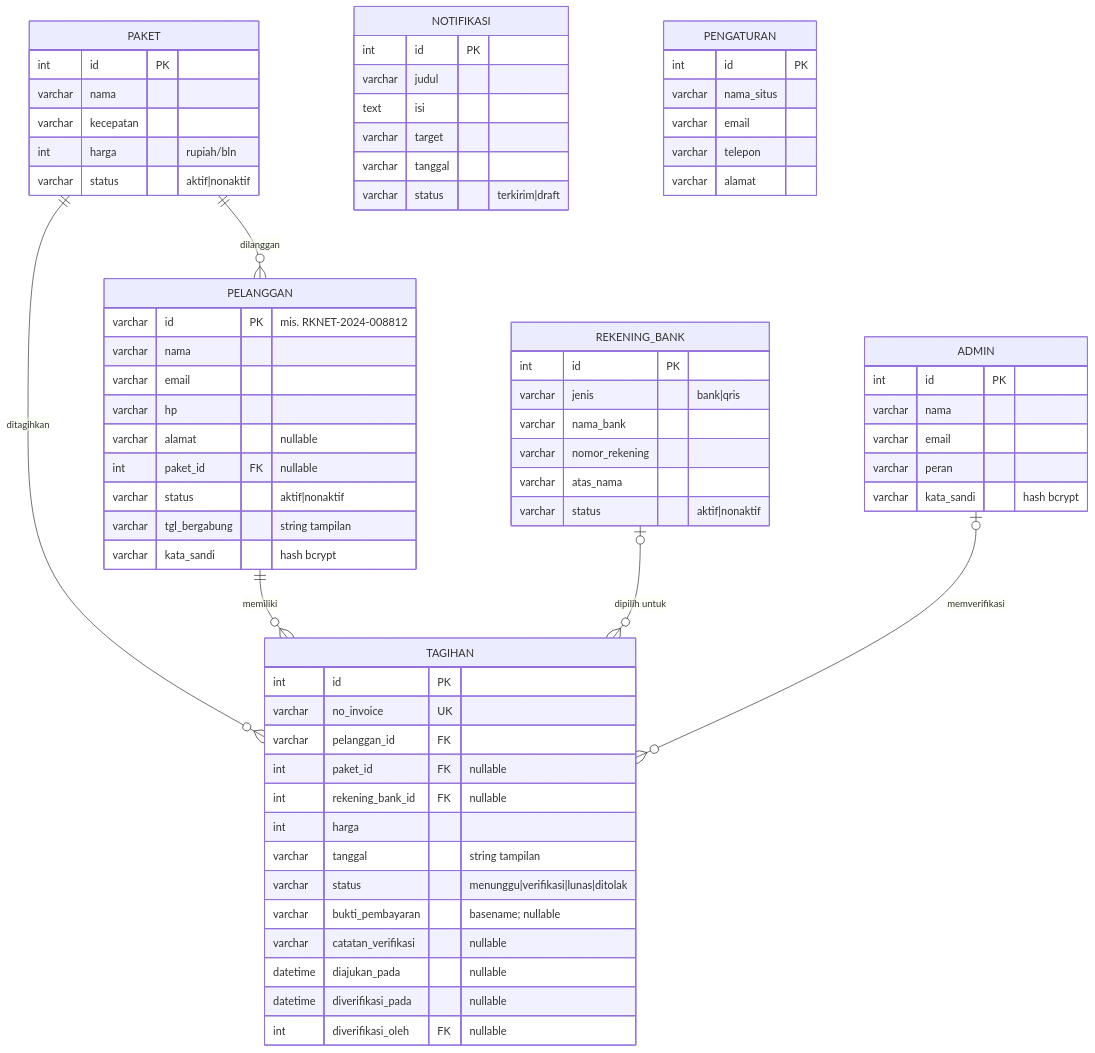
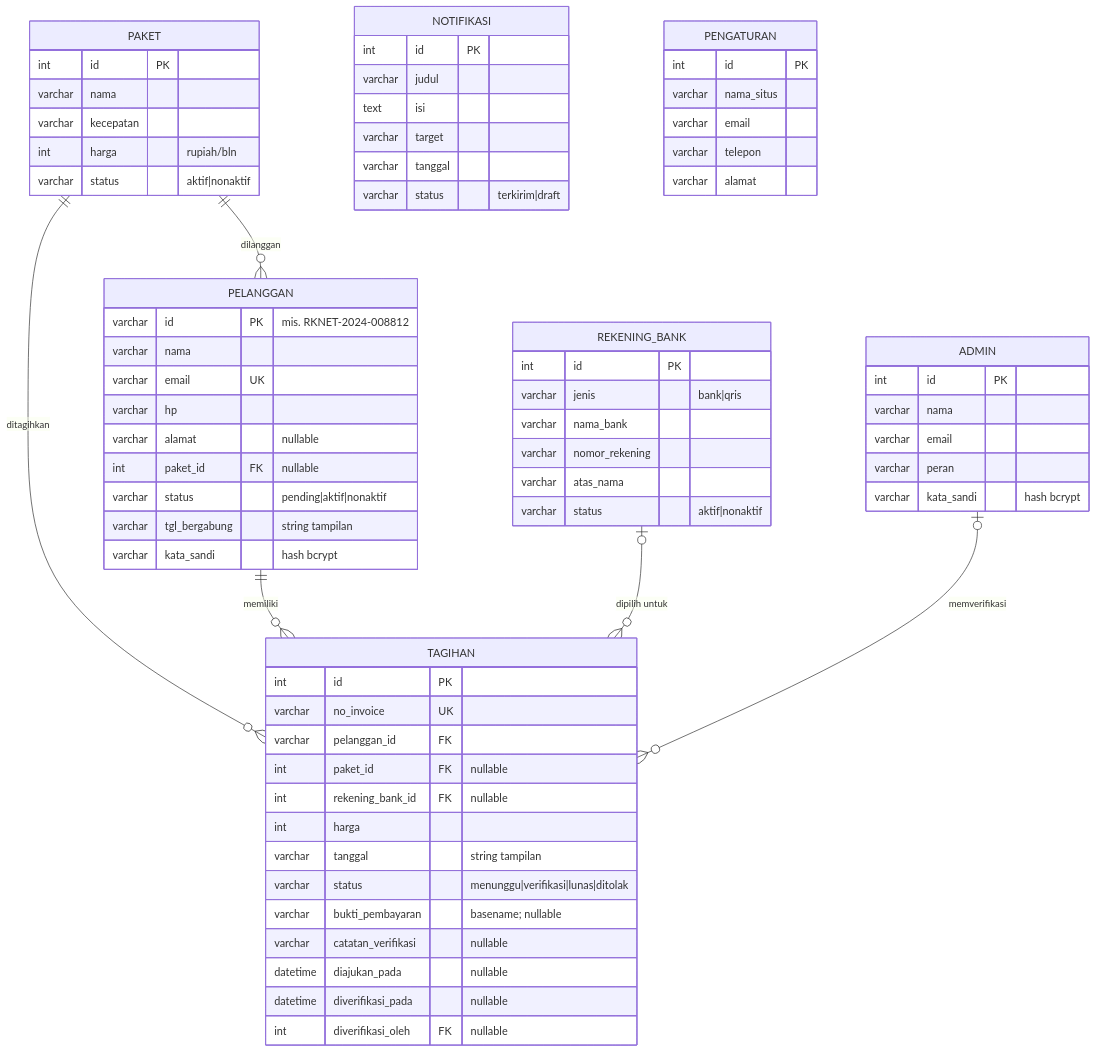
One commit to mramdann/rknet changed the second of 7 diagrams in docs/DOKUMENTASI.md. Above: the diagram before and after it, drawn with Mermaid. The commit also changed other lines of this file and 37 other files, not shown here.

````diff
--- a/docs/DOKUMENTASI.md
+++ b/docs/DOKUMENTASI.md
@@ -113,72 +116,72 @@
 ```mermaid
 erDiagram
     PAKET ||--o{ PELANGGAN : "dilanggan"
     PAKET ||--o{ TAGIHAN   : "ditagihkan"
     PELANGGAN ||--o{ TAGIHAN : "memiliki"
     REKENING_BANK o|--o{ TAGIHAN : "dipilih untuk"
     ADMIN o|--o{ TAGIHAN : "memverifikasi"
 
     ADMIN {
         int id PK
         varchar nama
         varchar email
         varchar peran
         varchar kata_sandi "hash bcrypt"
     }
     REKENING_BANK {
         int id PK
         varchar jenis "bank|qris"
         varchar nama_bank
         varchar nomor_rekening
         varchar atas_nama
         varchar status "aktif|nonaktif"
     }
     PAKET {
         int id PK
         varchar nama
         varchar kecepatan
         int harga "rupiah/bln"
         varchar status "aktif|nonaktif"
     }
     PELANGGAN {
         varchar id PK "mis. RKNET-2024-008812"
         varchar nama
-        varchar email
+        varchar email UK
         varchar hp
         varchar alamat "nullable"
         int paket_id FK "nullable"
-        varchar status "aktif|nonaktif"
+        varchar status "pending|aktif|nonaktif"
         varchar tgl_bergabung "string tampilan"
         varchar kata_sandi "hash bcrypt"
     }
     TAGIHAN {
         int id PK
         varchar no_invoice UK
         varchar pelanggan_id FK
         int paket_id FK "nullable"
         int rekening_bank_id FK "nullable"
         int harga
         varchar tanggal "string tampilan"
         varchar status "menunggu|verifikasi|lunas|ditolak"
         varchar bukti_pembayaran "basename; nullable"
         varchar catatan_verifikasi "nullable"
         datetime diajukan_pada "nullable"
         datetime diverifikasi_pada "nullable"
         int diverifikasi_oleh FK "nullable"
     }
     NOTIFIKASI {
         int id PK
         varchar judul
         text isi
         varchar target
         varchar tanggal
         varchar status "terkirim|draft"
     }
     PENGATURAN {
         int id PK
         varchar nama_situs
         varchar email
         varchar telepon
         varchar alamat
     }
 ```
````
